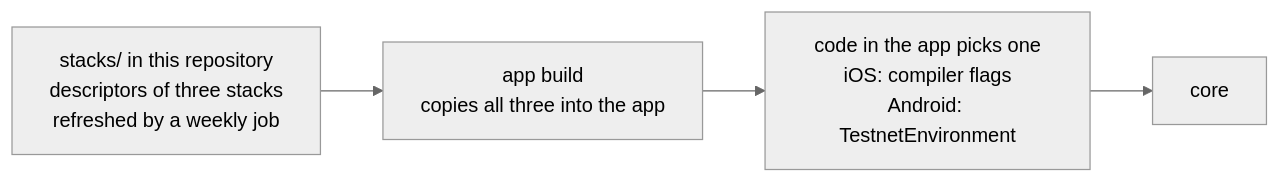
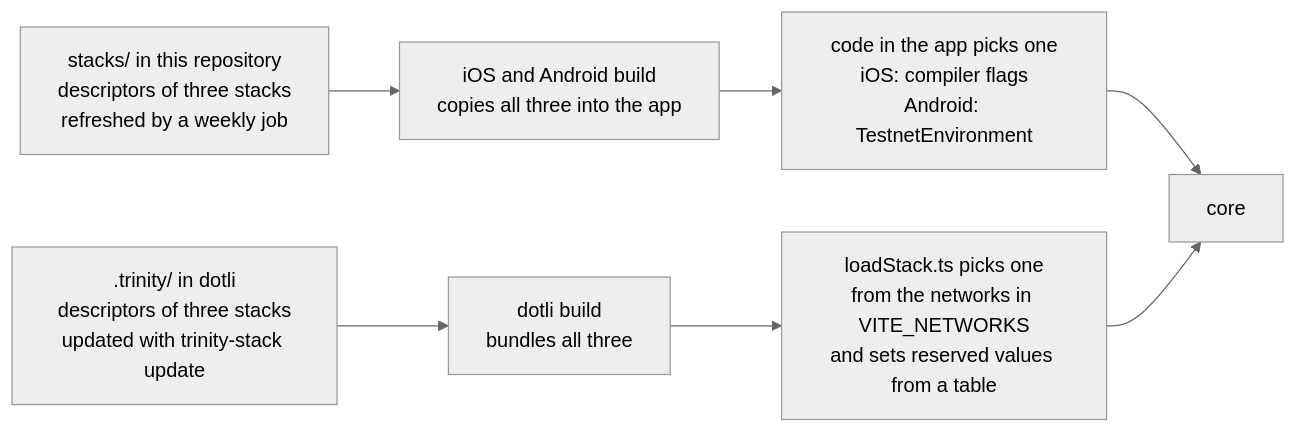
The first of 2 diagrams in docs/design/trinity-stack-build-config.md (paritytech/trinity-user-agents), drawn with Mermaid (neutral theme) before and after one commit. The commit also changed other lines of this file, not shown here.

Commit message:
docs(design): show dotli in the diagram of how hosts pick a stack today

````diff
--- a/docs/design/trinity-stack-build-config.md
+++ b/docs/design/trinity-stack-build-config.md
@@ -21,8 +23,12 @@
 ```mermaid
 flowchart LR
-  S["stacks/ in this repository<br/>descriptors of three stacks<br/>refreshed by a weekly job"]
-  B["app build<br/>copies all three into the app"]
-  C["code in the app picks one<br/>iOS: compiler flags<br/>Android: TestnetEnvironment"]
+  S1["stacks/ in this repository<br/>descriptors of three stacks<br/>refreshed by a weekly job"]
+  B1["iOS and Android build<br/>copies all three into the app"]
+  C1["code in the app picks one<br/>iOS: compiler flags<br/>Android: TestnetEnvironment"]
+  S2[".trinity/ in dotli<br/>descriptors of three stacks<br/>updated with trinity-stack update"]
+  B2["dotli build<br/>bundles all three"]
+  C2["loadStack.ts picks one<br/>from the networks in VITE_NETWORKS<br/>and sets reserved values from a table"]
   K["core"]
-  S --> B --> C --> K
+  S1 --> B1 --> C1 --> K
+  S2 --> B2 --> C2 --> K
 ```
````
